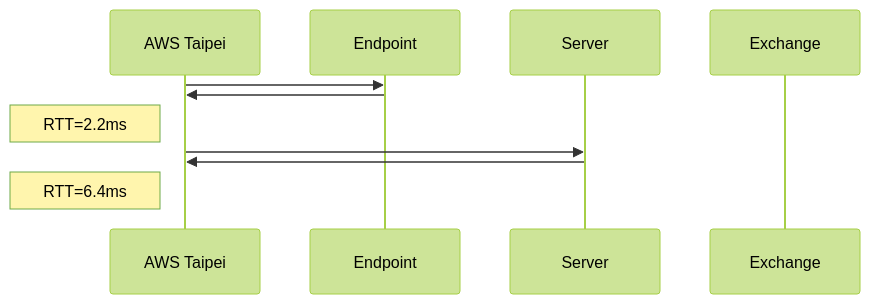
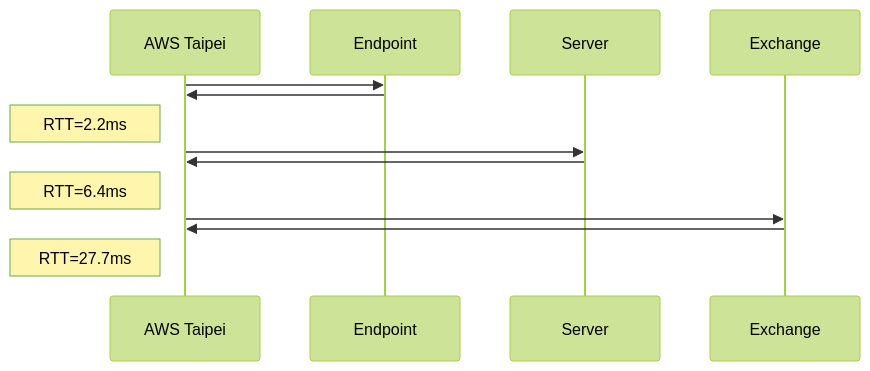
The diagram in brokers/fubon-stock-python/profiling/PlaceOrder.md (v54dt/BrokerLatencyLab), drawn with Mermaid (forest theme) before and after one commit. The commit also changed 2 other files, not shown here.

Commit message:
docs: update RTT results for all brokers

````diff
--- a/brokers/fubon-stock-python/profiling/PlaceOrder.md
+++ b/brokers/fubon-stock-python/profiling/PlaceOrder.md
@@ -7,15 +7,19 @@
 ```mermaid
 sequenceDiagram
     participant AWS Taipei
     participant Endpoint
     participant Server
     participant Exchange
 
     AWS Taipei->>Endpoint:
     Endpoint->>AWS Taipei:
     Note left of AWS Taipei: RTT=2.2ms
 
     AWS Taipei->>Server:
     Server->>AWS Taipei:
     Note left of AWS Taipei: RTT=6.4ms
+
+    AWS Taipei->>Exchange:
+    Exchange->>AWS Taipei:
+    Note left of AWS Taipei: RTT=27.7ms
 ```
````
